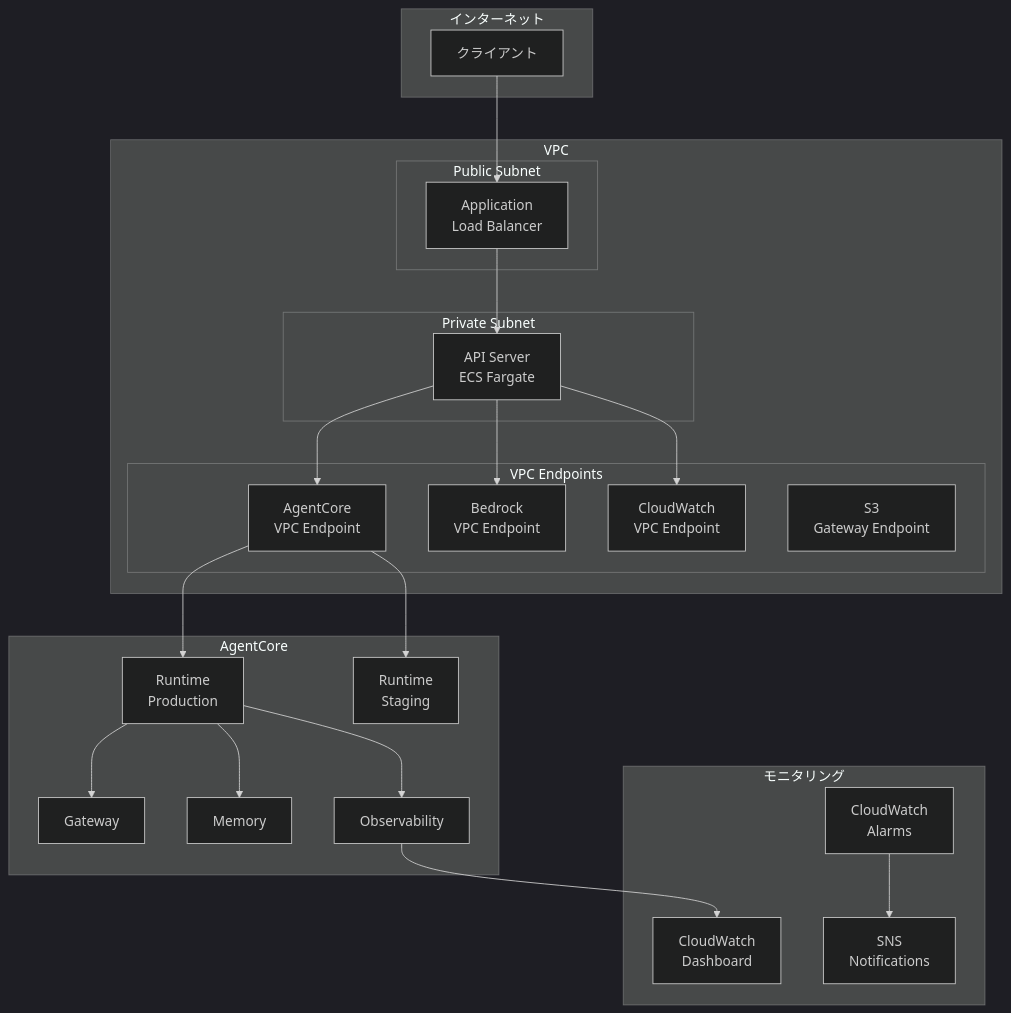
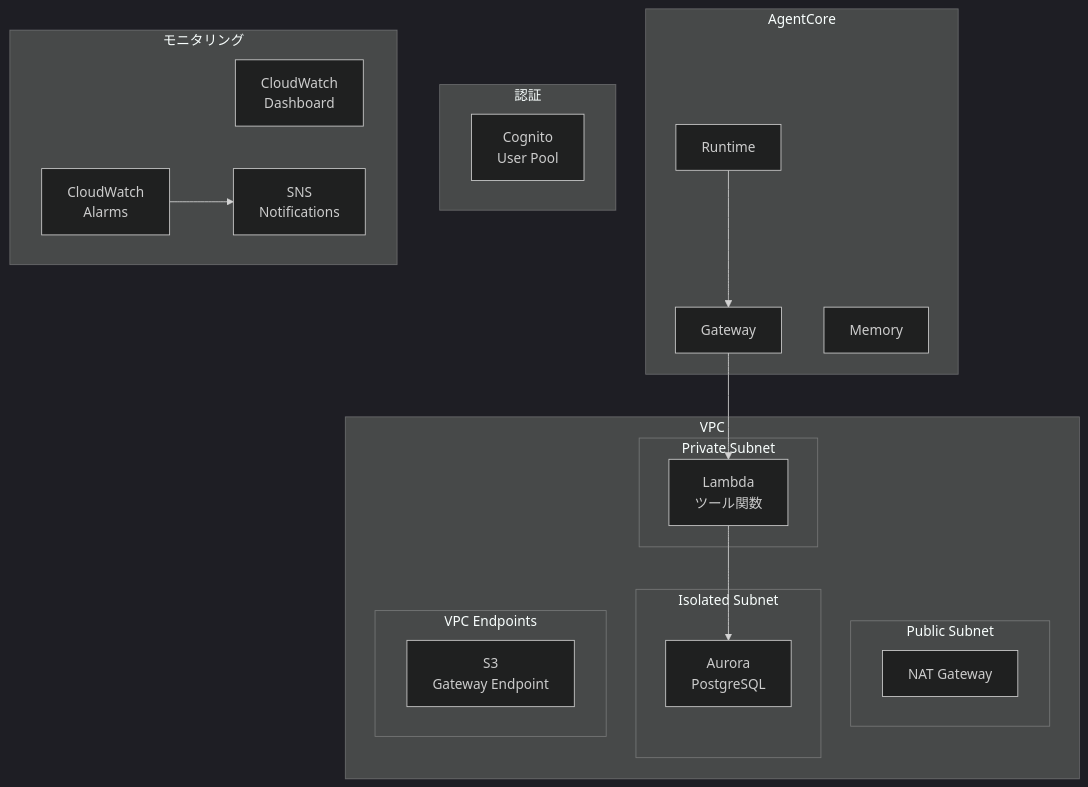
Before and after one commit to yaggytter/agentcore-multi-tenant-handson: the first of 5 diagrams in docs/11-production-ready.md, drawn with Mermaid (dark theme). The commit also changed other lines of this file and 49 other files, not shown here.

````diff
--- a/docs/11-production-ready.md
+++ b/docs/11-production-ready.md
@@ -18,50 +19,41 @@
 ```mermaid
 graph TB
-    subgraph "インターネット"
-        CLIENT[クライアント]
-    end
-
     subgraph "VPC"
         subgraph "Public Subnet"
-            ALB[Application<br/>Load Balancer]
+            NAT[NAT Gateway]
         end
 
         subgraph "Private Subnet"
-            API[API Server<br/>ECS Fargate]
+            LAMBDA[Lambda<br/>ツール関数]
+        end
+
+        subgraph "Isolated Subnet"
+            AURORA[Aurora<br/>PostgreSQL]
         end
 
         subgraph "VPC Endpoints"
-            VPCE_AC[AgentCore<br/>VPC Endpoint]
-            VPCE_BR[Bedrock<br/>VPC Endpoint]
-            VPCE_CW[CloudWatch<br/>VPC Endpoint]
             VPCE_S3[S3<br/>Gateway Endpoint]
         end
     end
 
     subgraph "AgentCore"
-        RT_PROD[Runtime<br/>Production]
-        RT_STG[Runtime<br/>Staging]
+        RT[Runtime]
         GW[Gateway]
         MEM[Memory]
-        OBS[Observability]
+    end
+
+    subgraph "認証"
+        COGNITO[Cognito<br/>User Pool]
     end
 
     subgraph "モニタリング"
         CW_DASH[CloudWatch<br/>Dashboard]
         CW_ALARM[CloudWatch<br/>Alarms]
         SNS[SNS<br/>Notifications]
     end
 
-    CLIENT --> ALB
-    ALB --> API
-    API --> VPCE_AC
-    VPCE_AC --> RT_PROD
-    VPCE_AC --> RT_STG
-    API --> VPCE_BR
-    API --> VPCE_CW
-    RT_PROD --> GW
-    RT_PROD --> MEM
-    RT_PROD --> OBS
-    OBS --> CW_DASH
+    LAMBDA --> AURORA
+    RT --> GW
+    GW --> LAMBDA
     CW_ALARM --> SNS
 ```
````
